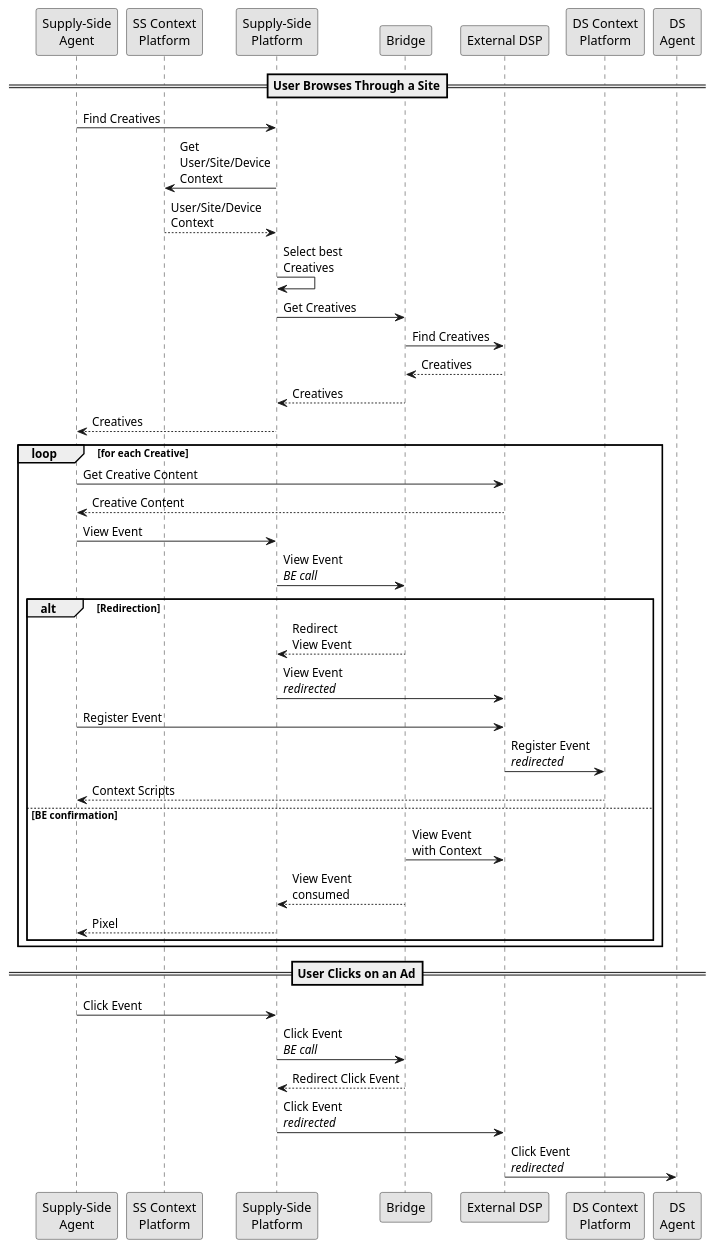
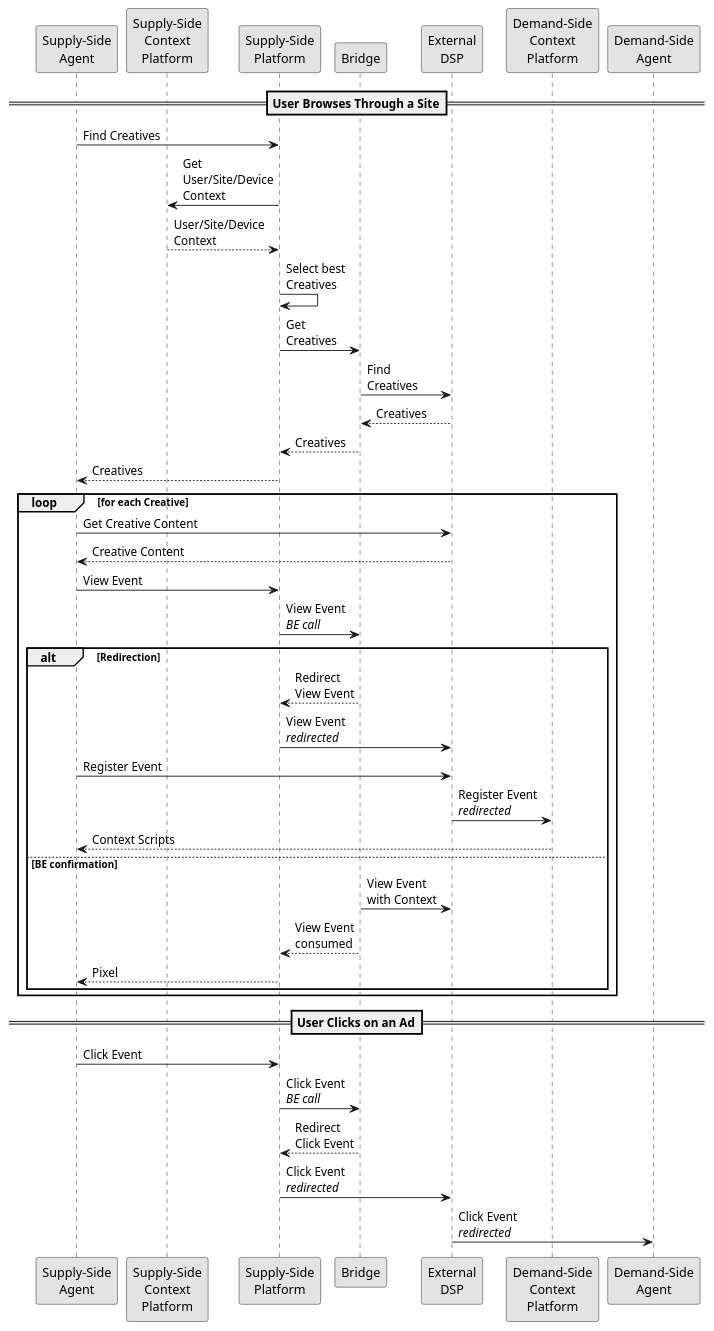
One commit to adshares/adshares-docs changed the diagram in adserver/dsp-integration.rst. Above: the diagram before and after it, drawn with PlantUML.

Commit message:
Do not user misleading abbreviations

```diff
--- a/adserver/dsp-integration.rst
+++ b/adserver/dsp-integration.rst
@@ -52,53 +52,53 @@
 .. uml::
     :align: center
 
     skinparam monochrome true
 
-    participant "Supply-Side\nAgent"      as SSA
-    participant "SS Context\nPlatform"    as SSCP
-    participant "Supply-Side\nPlatform"   as SSP
-    participant "Bridge"                  as B
-    participant "External DSP"            as EDSP
-    participant "DS Context\nPlatform"    as DSCP
-    participant "DS\nAgent"               as DSA
+    participant "Supply-Side\nAgent"             as SSA
+    participant "Supply-Side\nContext\nPlatform" as SSCP
+    participant "Supply-Side\nPlatform"          as SSP
+    participant "Bridge"                         as B
+    participant "External\nDSP"                  as EDSP
+    participant "Demand-Side\nContext\nPlatform" as DSCP
+    participant "Demand-Side\nAgent"             as DSA
 
     ==User Browses Through a Site==
 
     SSA ->   SSP  : Find Creatives
     SSP ->   SSCP : Get\nUser/Site/Device\nContext
     SSCP --> SSP  : User/Site/Device\nContext
     SSP ->   SSP  : Select best\nCreatives
 
-    SSP  ->  B    : Get Creatives
-    B    ->  EDSP : Find Creatives
+    SSP  ->  B    : Get\nCreatives
+    B    ->  EDSP : Find\nCreatives
     EDSP --> B    : Creatives
     B    --> SSP  : Creatives
     SSP  --> SSA  : Creatives
 
     loop for each Creative
         SSA  ->  EDSP : Get Creative Content
         EDSP --> SSA  : Creative Content
         SSA  -> SSP   : View Event
         SSP  -> B     : View Event\n//BE call//
         
         alt Redirection
             B    --> SSP  : Redirect\nView Event
             SSP  ->  EDSP : View Event\n//redirected//
             SSA  ->  EDSP : Register Event
             EDSP ->  DSCP : Register Event\n//redirected//
             DSCP --> SSA  : Context Scripts
         else BE confirmation
             B   ->  EDSP : View Event\nwith Context
             B   --> SSP  : View Event\nconsumed
             SSP --> SSA  : Pixel
         end
 
     end
     
     ==User Clicks on an Ad==
 
     SSA  ->  SSP  : Click Event
     SSP  ->  B    : Click Event\n//BE call//
-    B    --> SSP  : Redirect Click Event
+    B    --> SSP  : Redirect\nClick Event
     SSP  ->  EDSP : Click Event\n//redirected//
     EDSP ->  DSA  : Click Event\n//redirected//
```
